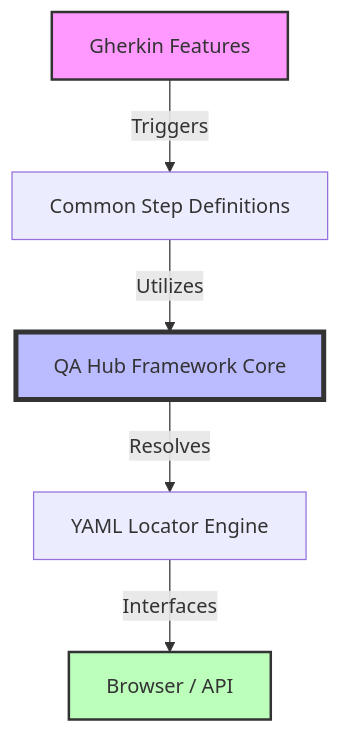
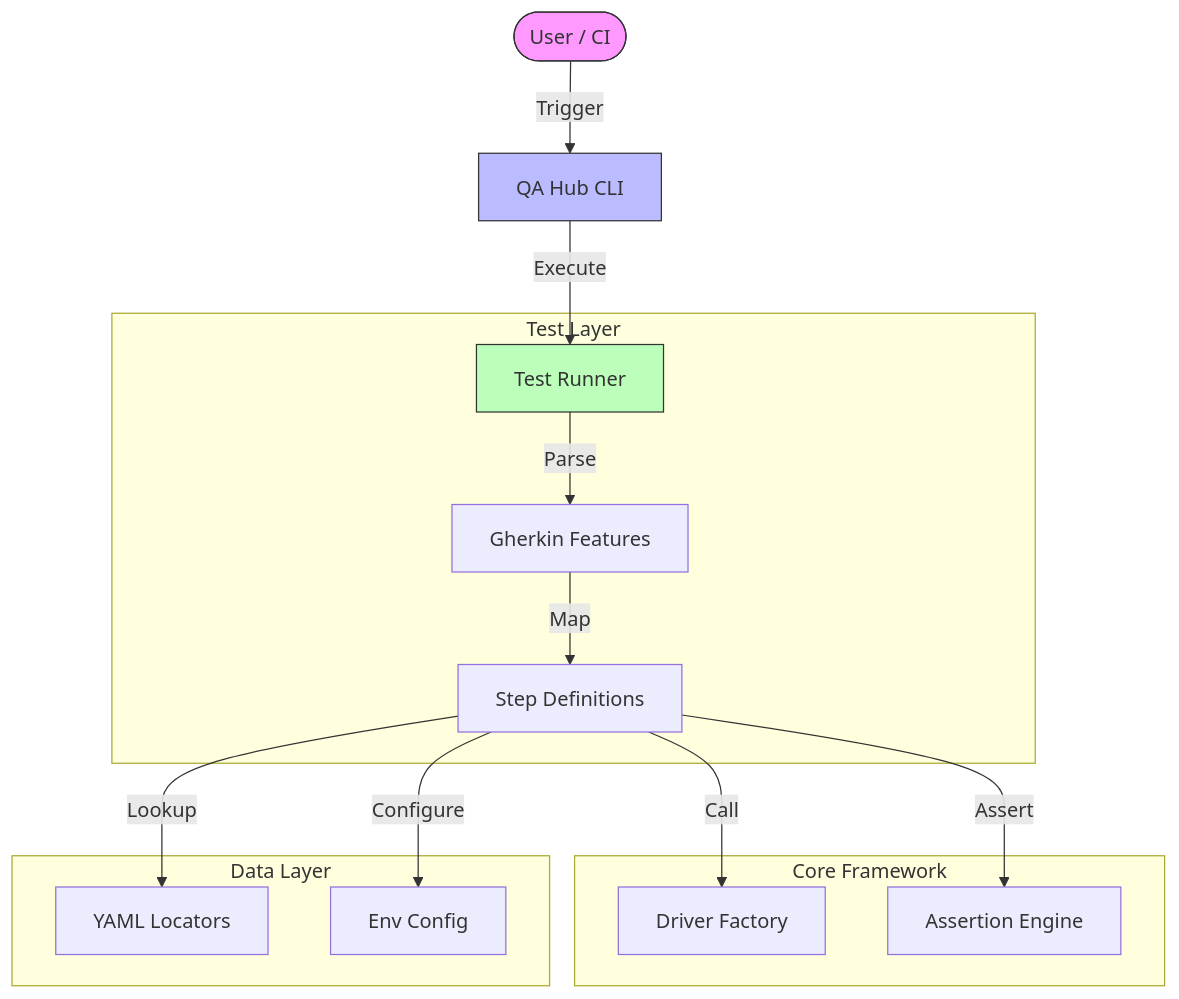
The diagram in README.md (carlos-camara/qa-hub-framework-example), drawn with Mermaid before and after one commit. The commit also changed other lines of this file, not shown here.

````diff
--- a/README.md
+++ b/README.md
@@ -34,11 +50,24 @@
 ```mermaid
 graph TD
-    A[Gherkin Features] -->|Triggers| B[Common Step Definitions]
-    B -->|Utilizes| C[QA Hub Framework Core]
-    C -->|Resolves| D[YAML Locator Engine]
-    D -->|Interfaces| E[Browser / API]
+    User([User / CI]) -->|Trigger| CLI[QA Hub CLI]
+    CLI -->|Execute| Runner[Test Runner]
     
-    style A fill:#f9f,stroke:#333,stroke-width:2px
-    style C fill:#bbf,stroke:#333,stroke-width:4px
-    style E fill:#bfb,stroke:#333,stroke-width:2px
+    subgraph Test Layer
+        Runner -->|Parse| Features[Gherkin Features]
+        Features -->|Map| Steps[Step Definitions]
+    end
+    
+    subgraph Core Framework
+        Steps -->|Call| Driver[Driver Factory]
+        Steps -->|Assert| Validators[Assertion Engine]
+    end
+    
+    subgraph Data Layer
+        Steps -->|Lookup| YAML[YAML Locators]
+        Steps -->|Configure| Config[Env Config]
+    end
+    
+    style User fill:#f9f,stroke:#333
+    style CLI fill:#bbf,stroke:#333
+    style Runner fill:#bfb,stroke:#333
 ```
````
